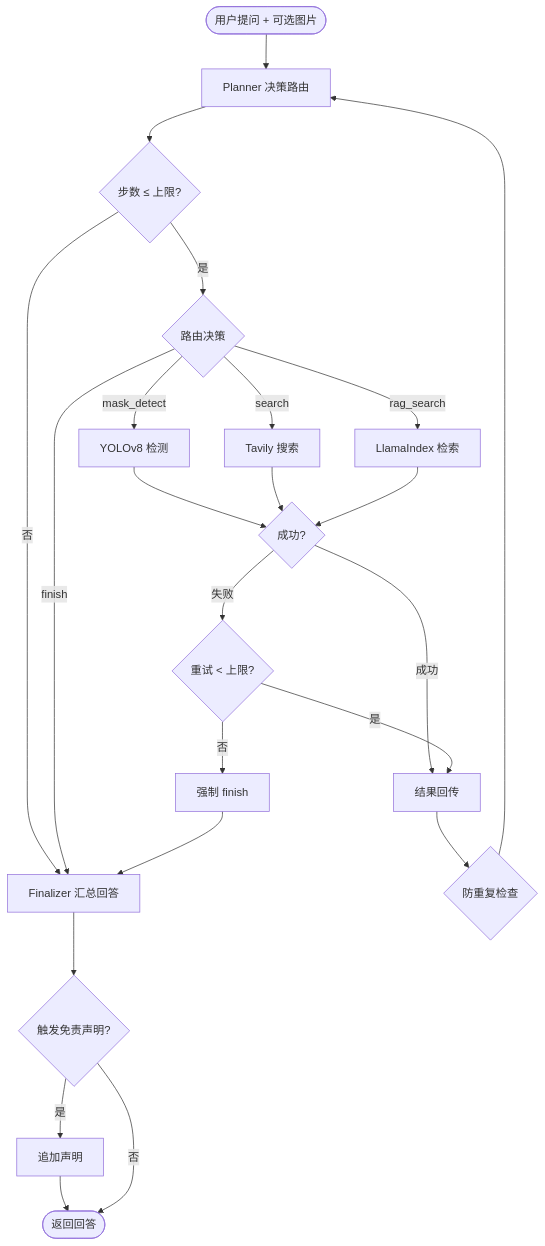
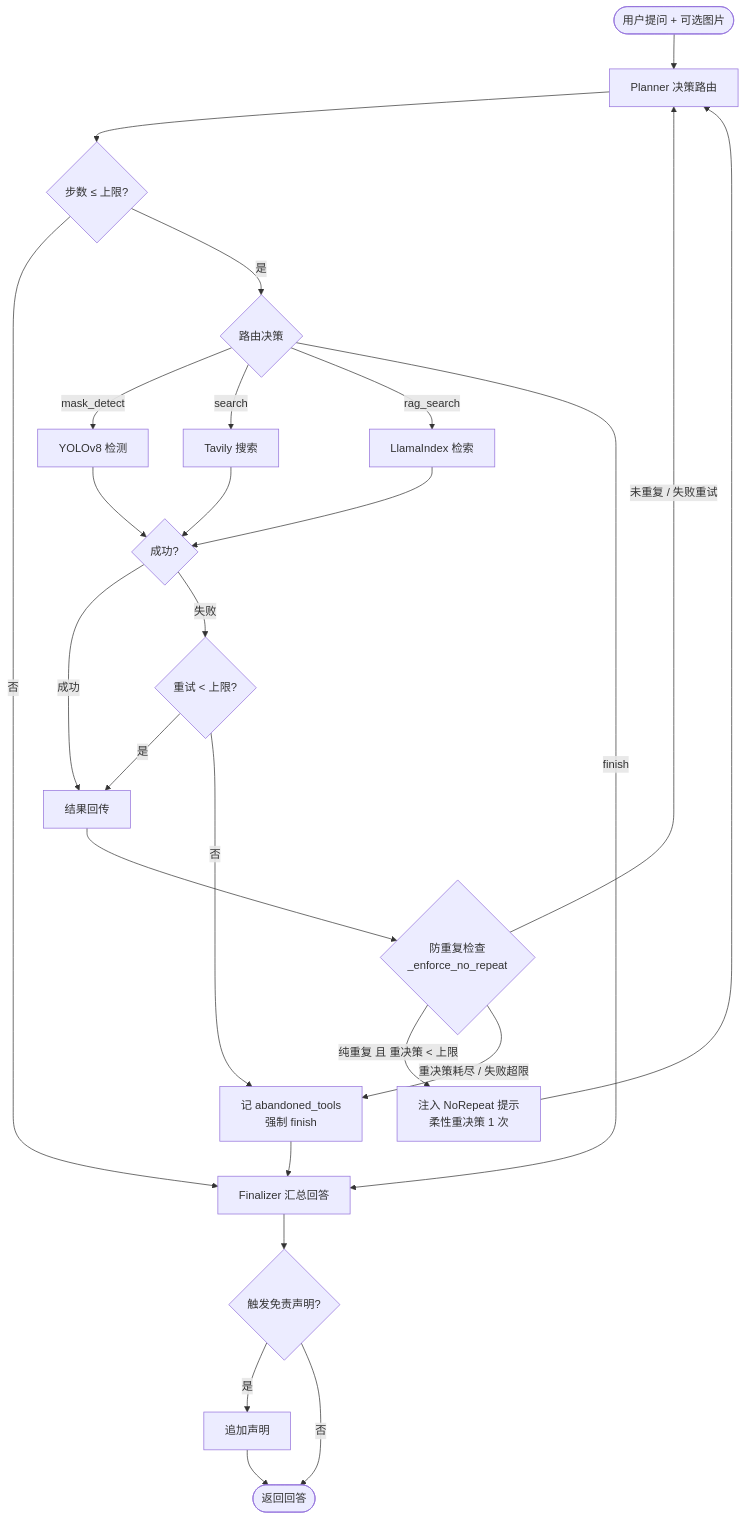
Before and after one commit to fangkai00/mask-detection-agent: the second of 2 diagrams in README.md, drawn with Mermaid. The commit also changed other lines of this file and 5 other files, not shown here.

````diff
--- a/README.md
+++ b/README.md
@@ -149,26 +150,29 @@
 ```mermaid
 flowchart TD
     Start([用户提问 + 可选图片]) --> Planner[Planner 决策路由]
     Planner --> CheckStep{步数 ≤ 上限?}
     CheckStep -->|否| Final
     CheckStep -->|是| Route{路由决策}
 
     Route -->|mask_detect| MaskDetect[YOLOv8 检测]
     Route -->|search| WebSearch[Tavily 搜索]
     Route -->|rag_search| RagSearch[LlamaIndex 检索]
     Route -->|finish| Final
 
     MaskDetect & WebSearch & RagSearch --> ErrorCheck{成功?}
     ErrorCheck -->|成功| BackToPlanner[结果回传]
     ErrorCheck -->|失败| RetryCheck{重试 < 上限?}
     RetryCheck -->|是| BackToPlanner
-    RetryCheck -->|否| ForceFinish[强制 finish]
+    RetryCheck -->|否| AbandonTool[记 abandoned_tools<br/>强制 finish]
 
-    BackToPlanner --> NoRepeat{防重复检查}
-    NoRepeat --> Planner
-    ForceFinish --> Final
+    BackToPlanner --> NoRepeat{防重复检查<br/>_enforce_no_repeat}
+    NoRepeat -->|未重复 / 失败重试| Planner
+    NoRepeat -->|纯重复 且 重决策 < 上限| Replan[注入 NoRepeat 提示<br/>柔性重决策 1 次]
+    Replan --> Planner
+    NoRepeat -->|重决策耗尽 / 失败超限| AbandonTool
+    AbandonTool --> Final
 
     Final[Finalizer 汇总回答] --> Disclaimer{触发免责声明?}
     Disclaimer -->|是| Append[追加声明] --> End([返回回答])
     Disclaimer -->|否| End
 ```
````
